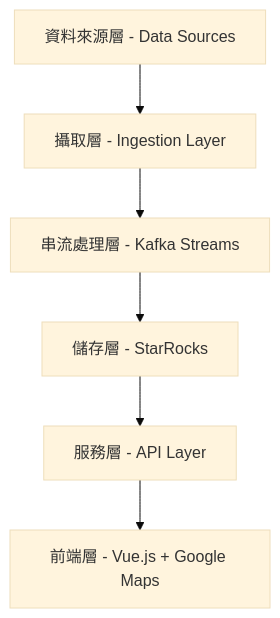
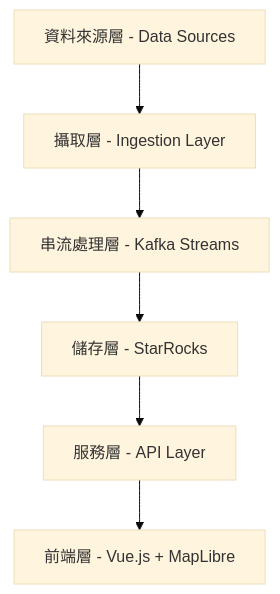
The diagram in docs/TWFoundry-project-brief.md (unknowntpo/twfoundry), drawn with Mermaid (base theme) before and after one commit. The commit also changed other lines of this file and 18 other files, not shown here.

Commit message:
Replace Google Maps with MapLibre

````diff
--- a/docs/TWFoundry-project-brief.md
+++ b/docs/TWFoundry-project-brief.md
@@ -18,9 +18,9 @@
 ```mermaid
 graph TB
     A[資料來源層 - Data Sources]
     --> B[攝取層 - Ingestion Layer]
     B --> C[串流處理層 - Kafka Streams]
     C --> D[儲存層 - StarRocks]
     D --> E[服務層 - API Layer]
-    E --> F[前端層 - Vue.js + Google Maps]
+    E --> F[前端層 - Vue.js + MapLibre]
 ```
````
